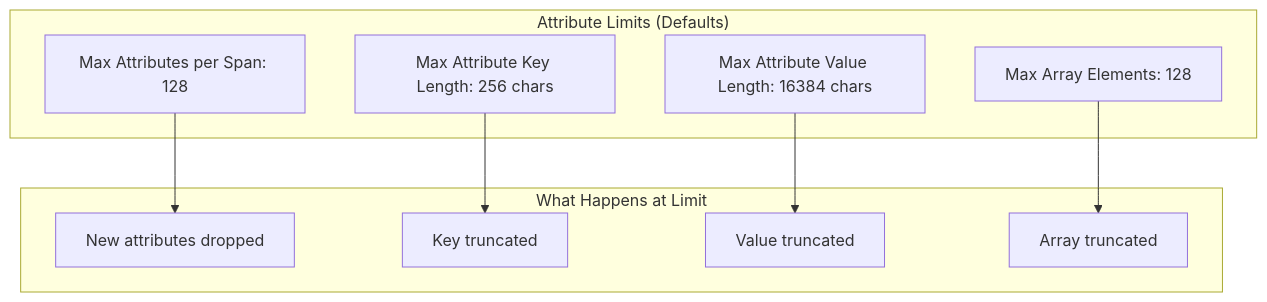
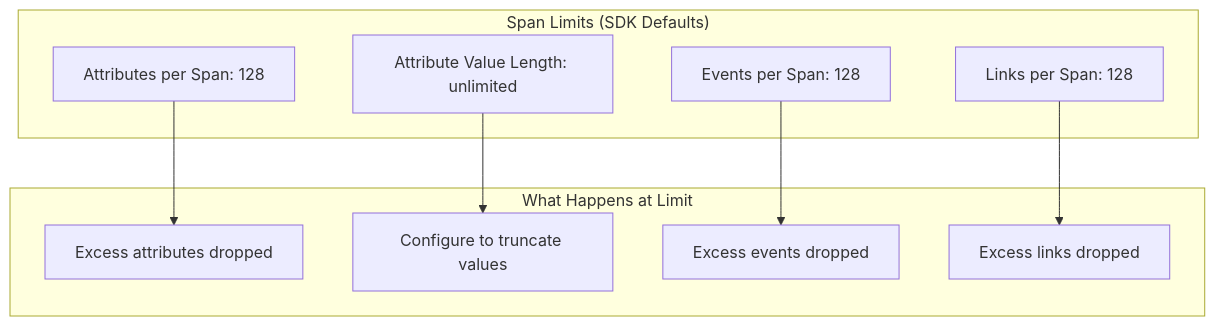
One commit to OneUptime/blog changed the third of 4 diagrams in posts/2026-01-30-span-attribute-design/README.md. Above: the diagram before and after it, drawn with Mermaid. The commit also changed other lines of this file and 2 other files, not shown here.

Commit message:
validate: 2026-01-30-span-attribute-design

````diff
--- a/posts/2026-01-30-span-attribute-design/README.md
+++ b/posts/2026-01-30-span-attribute-design/README.md
@@ -407,16 +407,16 @@
 ```mermaid
 graph TB
-    subgraph "Attribute Limits (Defaults)"
-        L1[Max Attributes per Span: 128]
-        L2[Max Attribute Key Length: 256 chars]
-        L3[Max Attribute Value Length: 16384 chars]
-        L4[Max Array Elements: 128]
+    subgraph "Span Limits (SDK Defaults)"
+        L1[Attributes per Span: 128]
+        L2[Attribute Value Length: unlimited]
+        L3[Events per Span: 128]
+        L4[Links per Span: 128]
     end
 
     subgraph "What Happens at Limit"
-        L1 --> D1[New attributes dropped]
-        L2 --> D2[Key truncated]
-        L3 --> D3[Value truncated]
-        L4 --> D4[Array truncated]
+        L1 --> D1[Excess attributes dropped]
+        L2 --> D2[Configure to truncate values]
+        L3 --> D3[Excess events dropped]
+        L4 --> D4[Excess links dropped]
     end
 ```
````
